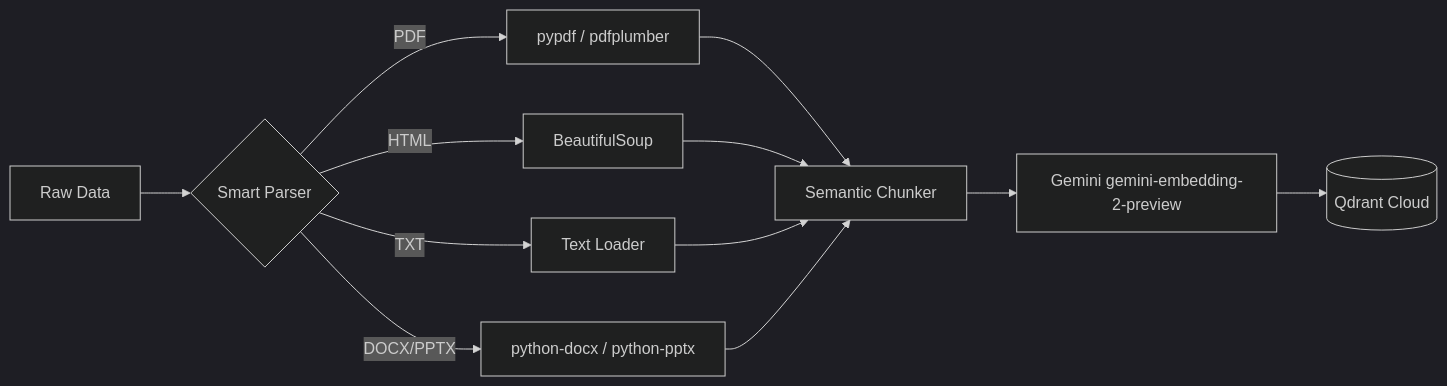
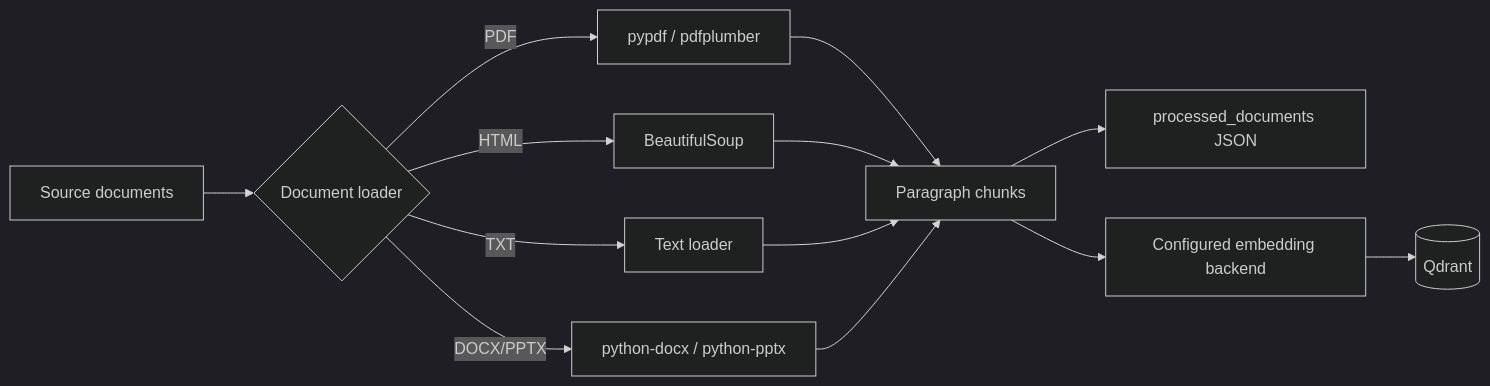
Before and after one commit to DemonJ01/ContextForge-RAG: the diagram in docs/document_ingestion.md, drawn with Mermaid (dark theme). The commit also changed other lines of this file and 25 other files, not shown here.

````diff
--- a/docs/document_ingestion.md
+++ b/docs/document_ingestion.md
@@ -6,14 +7,15 @@
 ```mermaid
 graph LR
-    Raw[Raw Data] --> Parser{Smart Parser}
+    Raw[Source documents] --> Parser{Document loader}
     Parser -->|PDF| Local[pypdf / pdfplumber]
     Parser -->|HTML| BS4[BeautifulSoup]
-    Parser -->|TXT| Simple[Text Loader]
+    Parser -->|TXT| Simple[Text loader]
     Parser -->|DOCX/PPTX| Office[python-docx / python-pptx]
-    Local --> Chunker[Semantic Chunker]
+    Local --> Chunker[Paragraph chunks]
     BS4 --> Chunker
     Simple --> Chunker
     Office --> Chunker
-    Chunker --> Embedder[Gemini gemini-embedding-2-preview]
-    Embedder --> VectorDB[(Qdrant Cloud)]
+    Chunker --> Saved[processed_documents JSON]
+    Chunker --> Embedder[Configured embedding backend]
+    Embedder --> VectorDB[(Qdrant)]
 ```
````
